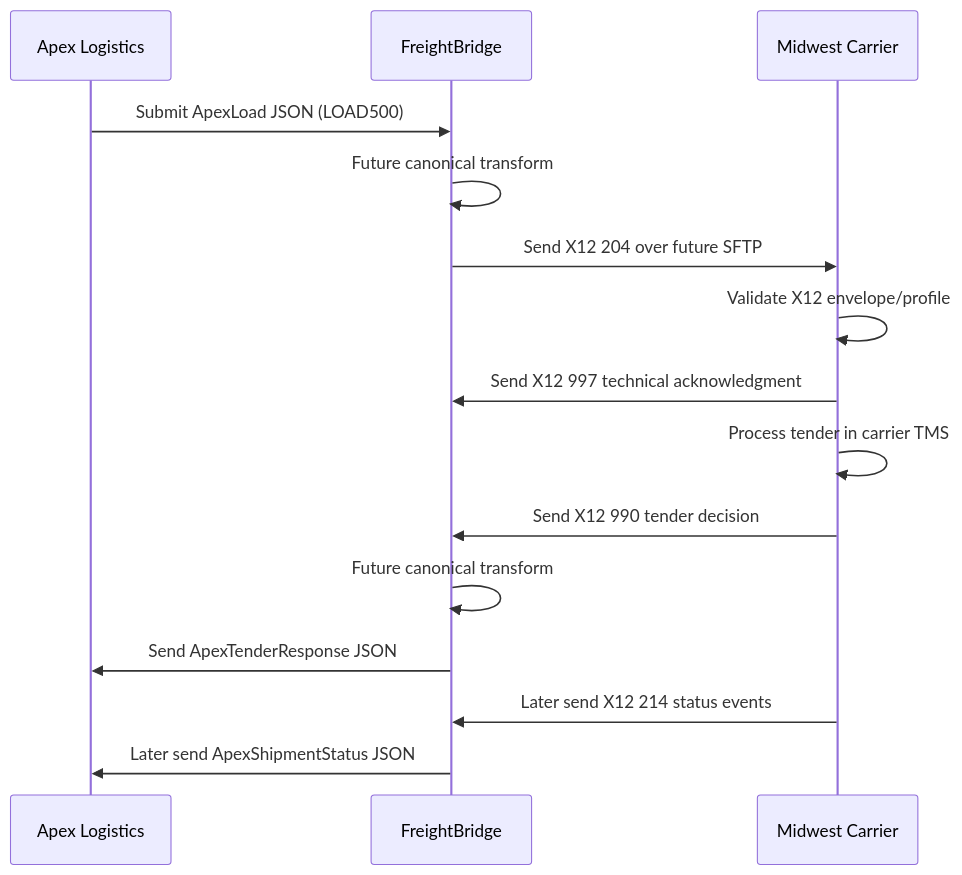
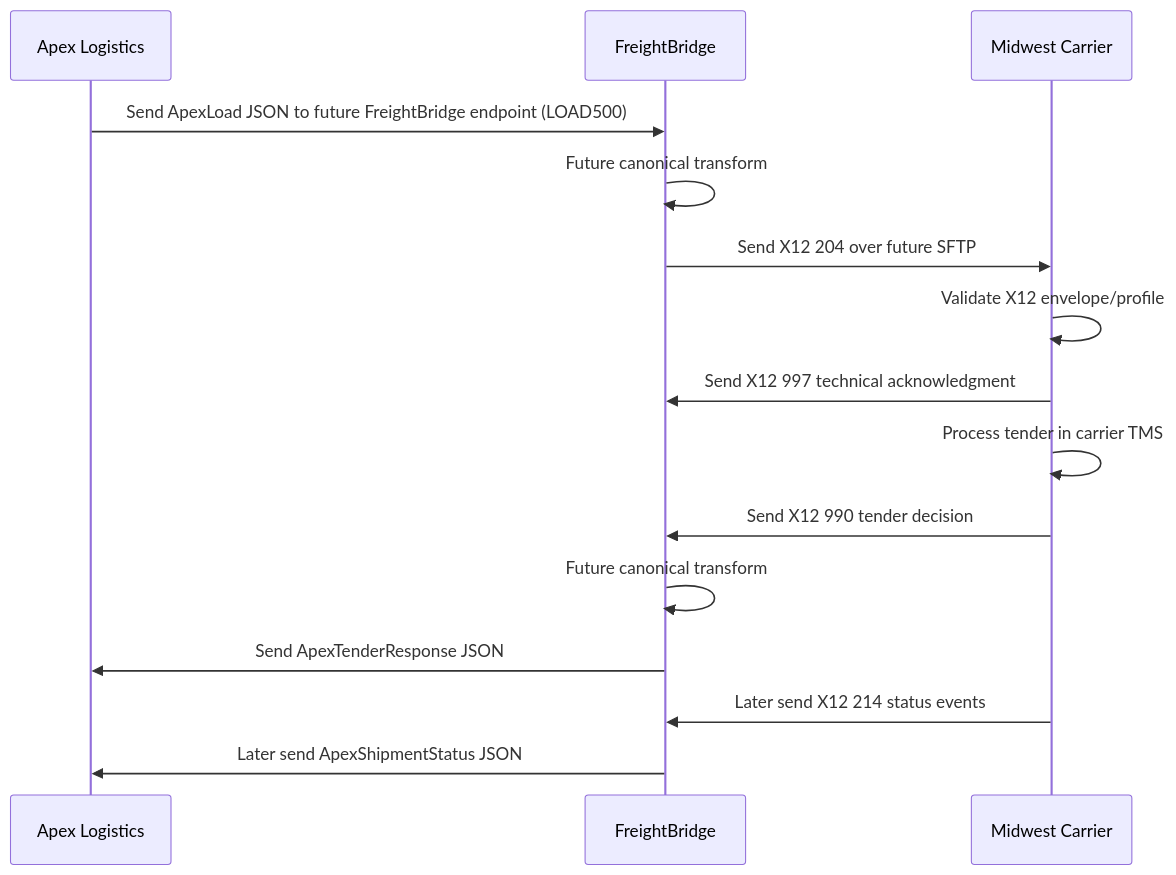
Before and after one commit to Ryandeboss/FreightBridge: the diagram in docs/architecture/interface-control-document.md, drawn with Mermaid. The commit also changed other lines of this file and 18 other files, not shown here.

````diff
--- a/docs/architecture/interface-control-document.md
+++ b/docs/architecture/interface-control-document.md
@@ -119,18 +121,18 @@
 ```mermaid
 sequenceDiagram
   participant Apex as Apex Logistics
   participant FB as FreightBridge
   participant Midwest as Midwest Carrier
 
-  Apex->>FB: Submit ApexLoad JSON (LOAD500)
+  Apex->>FB: Send ApexLoad JSON to future FreightBridge endpoint (LOAD500)
   FB->>FB: Future canonical transform
   FB->>Midwest: Send X12 204 over future SFTP
   Midwest->>Midwest: Validate X12 envelope/profile
   Midwest->>FB: Send X12 997 technical acknowledgment
   Midwest->>Midwest: Process tender in carrier TMS
   Midwest->>FB: Send X12 990 tender decision
   FB->>FB: Future canonical transform
   FB->>Apex: Send ApexTenderResponse JSON
   Midwest->>FB: Later send X12 214 status events
   FB->>Apex: Later send ApexShipmentStatus JSON
 ```
````
